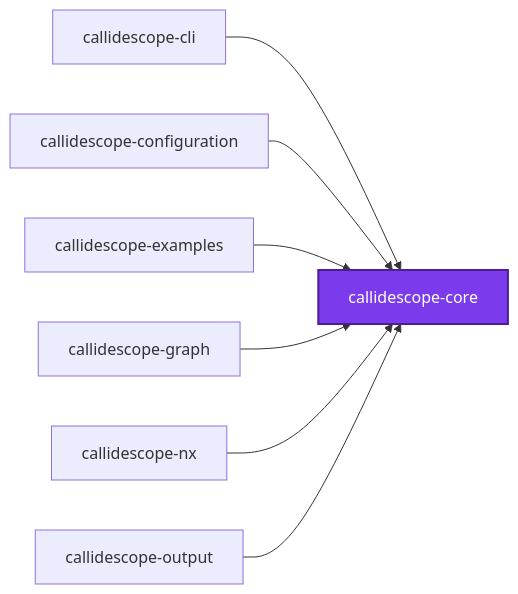
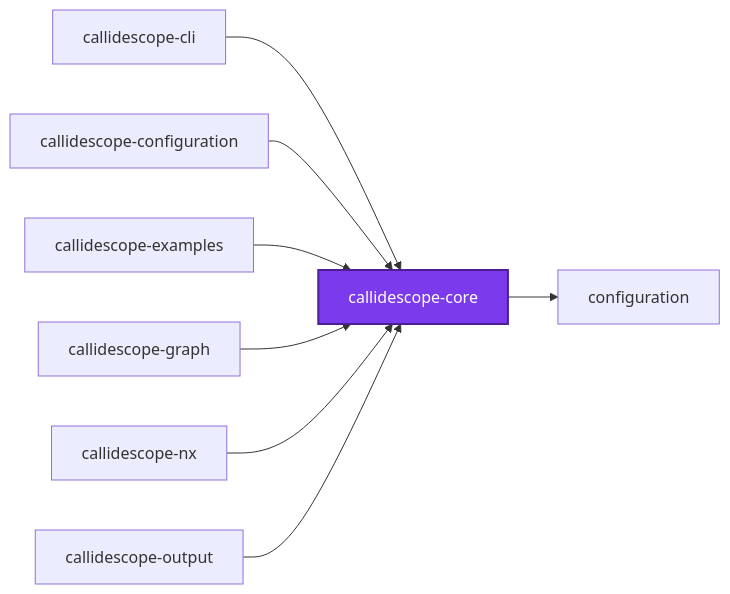
Before and after one commit to organizzolini/codebase: the first of 3 diagrams in projects/ic-suite/callidescope/callidescope-core/README.md, drawn with Mermaid. The commit also changed 68 other files, not shown here.

````diff
--- a/projects/ic-suite/callidescope/callidescope-core/README.md
+++ b/projects/ic-suite/callidescope/callidescope-core/README.md
@@ -45,18 +45,20 @@
 ```mermaid
 graph LR
   callidescope_cli["callidescope-cli"]
   callidescope_configuration["callidescope-configuration"]
   callidescope_core["callidescope-core"]
   callidescope_examples["callidescope-examples"]
   callidescope_graph["callidescope-graph"]
   callidescope_nx["callidescope-nx"]
   callidescope_output["callidescope-output"]
+  configuration["configuration"]
   callidescope_cli --> callidescope_core
   callidescope_configuration --> callidescope_core
+  callidescope_core --> configuration
   callidescope_examples --> callidescope_core
   callidescope_graph --> callidescope_core
   callidescope_nx --> callidescope_core
   callidescope_output --> callidescope_core
   classDef subject fill:#7c3aed,color:#fff,stroke:#4c1d95,stroke-width:2px
   class callidescope_core subject
 ```
````
